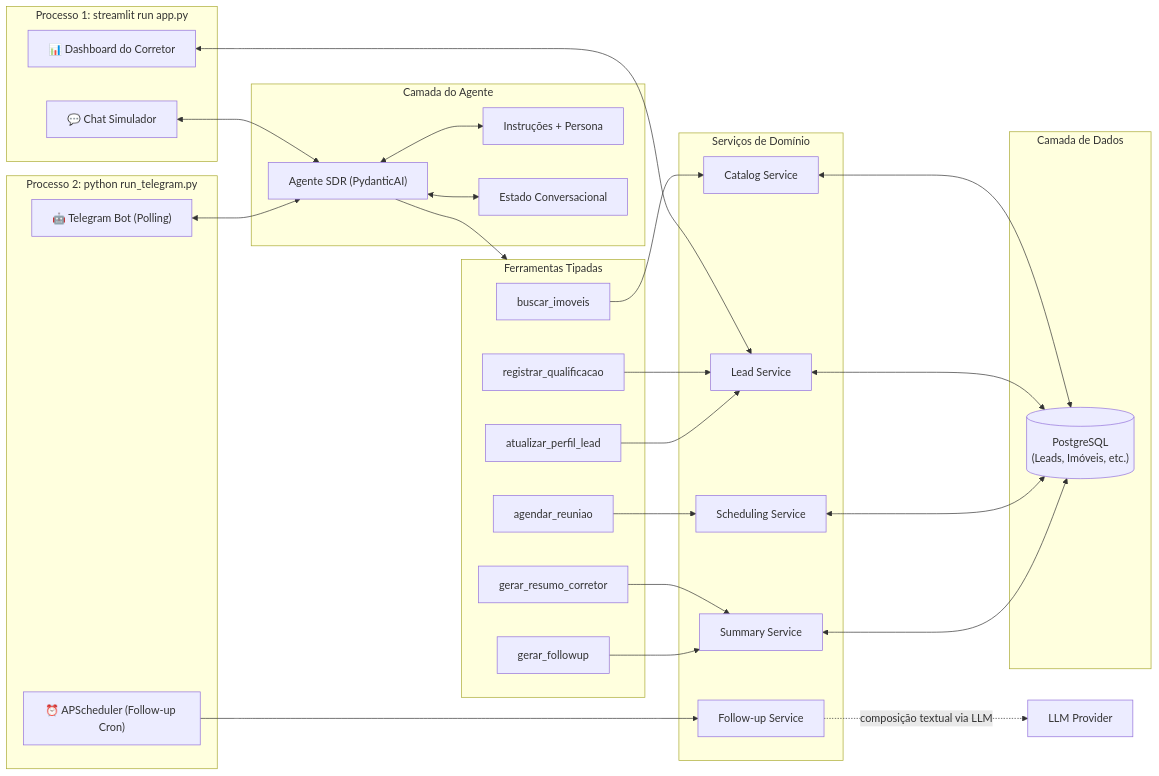
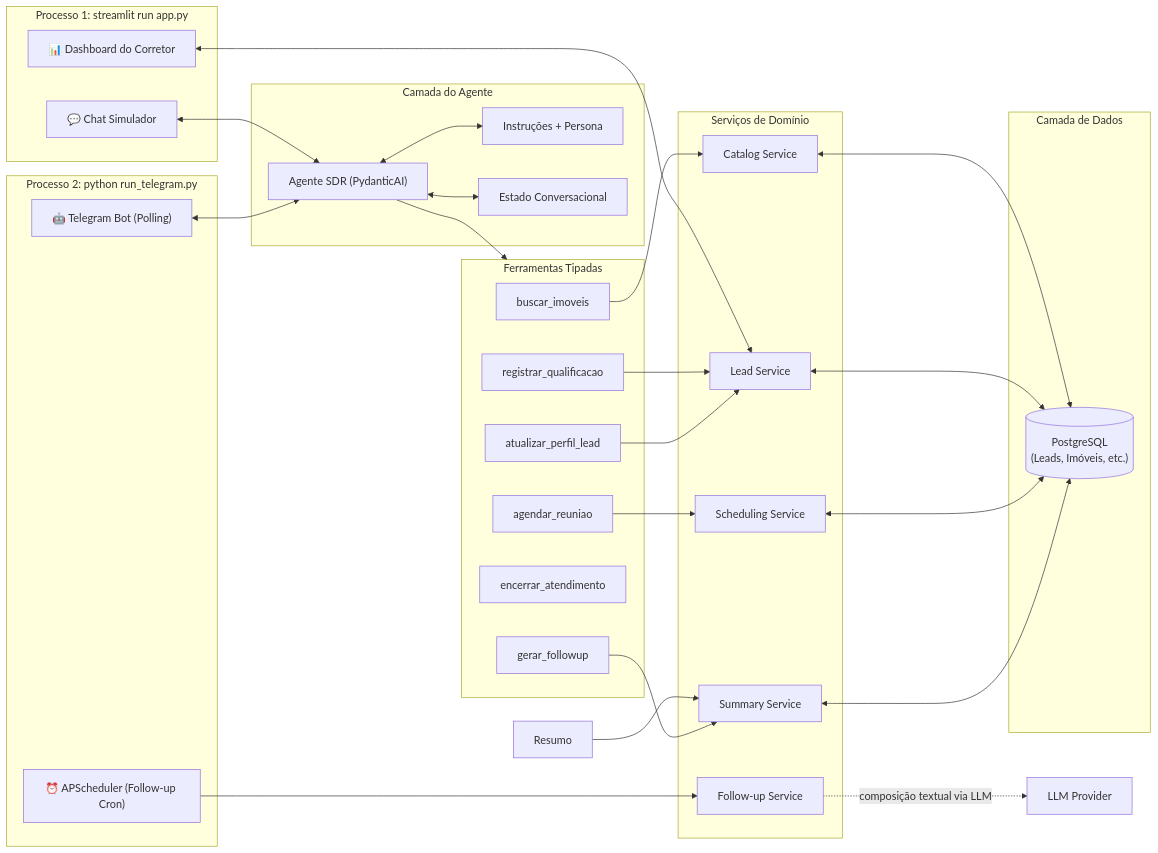
Before and after one commit to luizaaca/agente_imobiliario: the diagram in docs/01-visao-geral/01-plano-de-implementacao.md, drawn with Mermaid. The commit also changed other lines of this file and 10 other files, not shown here.

First line of the commit message:
feat: agente encerra o atendimento e entrega o resumo ao corretor

````diff
--- a/docs/01-visao-geral/01-plano-de-implementacao.md
+++ b/docs/01-visao-geral/01-plano-de-implementacao.md
@@ -141,58 +141,58 @@
 ```mermaid
 flowchart LR
     subgraph Proc1 ["Processo 1: streamlit run app.py"]
         ChatTab["💬 Chat Simulador"]
         DashTab["📊 Dashboard do Corretor"]
     end
 
     subgraph Proc2 ["Processo 2: python run_telegram.py"]
         TgBot["🤖 Telegram Bot (Polling)"]
         Scheduler["⏰ APScheduler (Follow-up Cron)"]
     end
 
     subgraph Agent ["Camada do Agente"]
         SDRAgent["Agente SDR (PydanticAI)"]
         Prompt["Instruções + Persona"]
         State["Estado Conversacional"]
     end
 
     subgraph Tools ["Ferramentas Tipadas"]
         Buscar["buscar_imoveis"]
         Qualificar["registrar_qualificacao"]
         PerfilTool["atualizar_perfil_lead"]
         Agendar["agendar_reuniao"]
-        Resumo["gerar_resumo_corretor"]
+        Encerrar["encerrar_atendimento"]
         FollowUp["gerar_followup"]
     end
 
     subgraph Services ["Serviços de Domínio"]
         CatalogService["Catalog Service"]
         LeadService["Lead Service"]
         SchedulingService["Scheduling Service"]
         SummaryService["Summary Service"]
         FollowUpService["Follow-up Service"]
     end
 
     subgraph Data ["Camada de Dados"]
         DB[("PostgreSQL\n(Leads, Imóveis, etc.)")]
     end
 
     ChatTab <--> SDRAgent
     TgBot <--> SDRAgent
     Scheduler --> FollowUpService
     DashTab <--> LeadService
     SDRAgent <--> Prompt
     SDRAgent <--> State
     SDRAgent --> Tools
     Buscar --> CatalogService
     Qualificar --> LeadService
     PerfilTool --> LeadService
     Agendar --> SchedulingService
     Resumo --> SummaryService
     FollowUp --> SummaryService
     FollowUpService -.->|"composição textual via LLM"| LLM["LLM Provider"]
     CatalogService <--> DB
     LeadService <--> DB
     SchedulingService <--> DB
     SummaryService <--> DB
 ```
````
